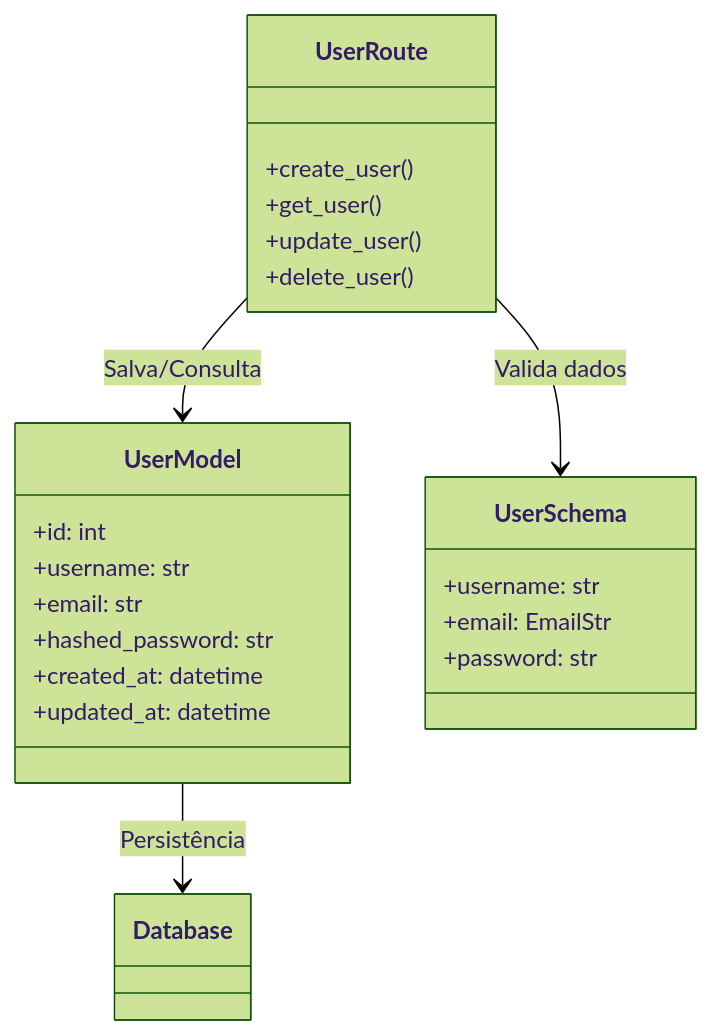
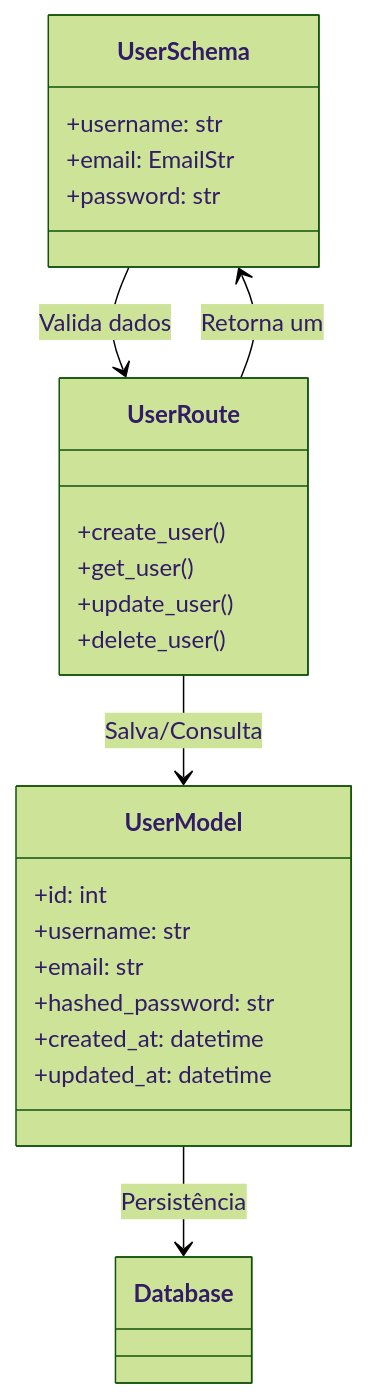
One commit to Nicknamedlc/crud-task-api changed the first of 4 diagrams in README.md. Above: the diagram before and after it, drawn with Mermaid (forest theme). The commit also changed other lines of this file, not shown here.

````diff
--- a/README.md
+++ b/README.md
@@ -43,28 +36,29 @@
 ```mermaid
 classDiagram
     class UserModel {
         +id: int
         +username: str
         +email: str
         +hashed_password: str
         +created_at: datetime
         +updated_at: datetime
     }
 
     class UserSchema {
         +username: str
         +email: EmailStr
         +password: str
     }
 
     class UserRoute {
         +create_user()
         +get_user()
         +update_user()
         +delete_user()
     }
 
-    UserRoute --> UserSchema : Valida dados
+    UserSchema --> UserRoute  : Valida dados
     UserRoute --> UserModel : Salva/Consulta
+    UserRoute --> UserSchema : Retorna um
     UserModel --> Database : Persistência
 ```
````
